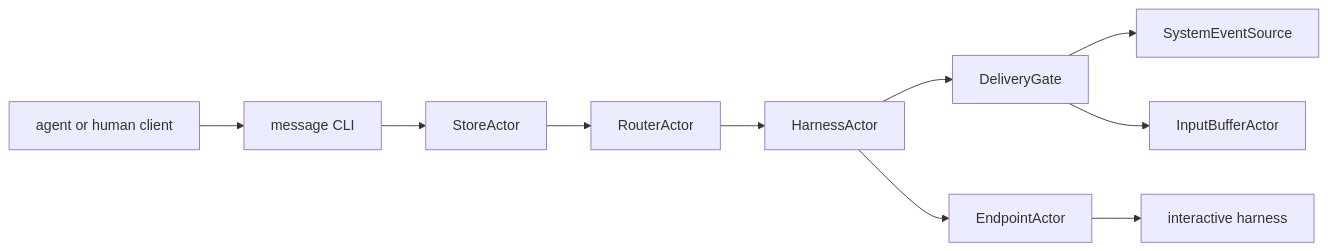
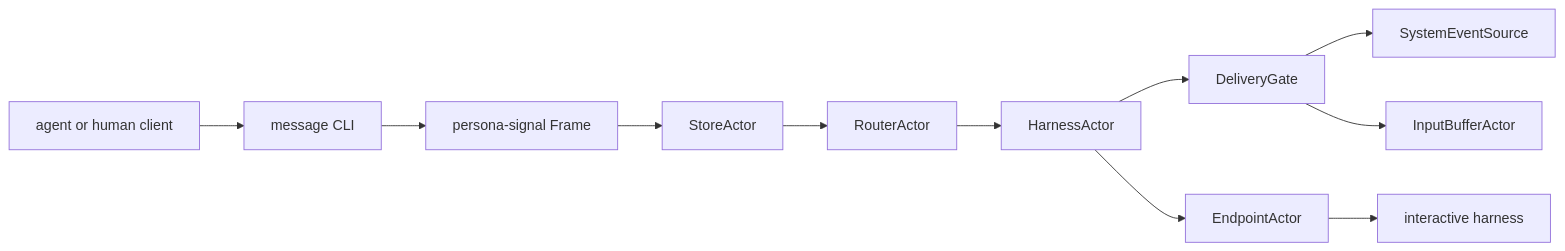
Before and after one commit to LiGoldragon/primary: the fourth of 18 diagrams in reports/operator/9-persona-message-router-architecture.md, drawn with Mermaid. The commit also changed other lines of this file, not shown here.

Commit message:
integrate Persona contract repo design

````diff
--- a/reports/operator/9-persona-message-router-architecture.md
+++ b/reports/operator/9-persona-message-router-architecture.md
@@ -93,23 +173,25 @@
 ```mermaid
 flowchart LR
     sender["agent or human client"]
     cli["message CLI"]
+    signal["persona-signal Frame"]
     pstore["StoreActor"]
     router["RouterActor"]
     target["HarnessActor"]
     gate["DeliveryGate"]
     system["SystemEventSource"]
     input["InputBufferActor"]
     endpoint["EndpointActor"]
     harness["interactive harness"]
 
     sender --> cli
-    cli --> pstore
+    cli --> signal
+    signal --> pstore
     pstore --> router
     router --> target
     target --> gate
     gate --> system
     gate --> input
     target --> endpoint
     endpoint --> harness
 ```
````
